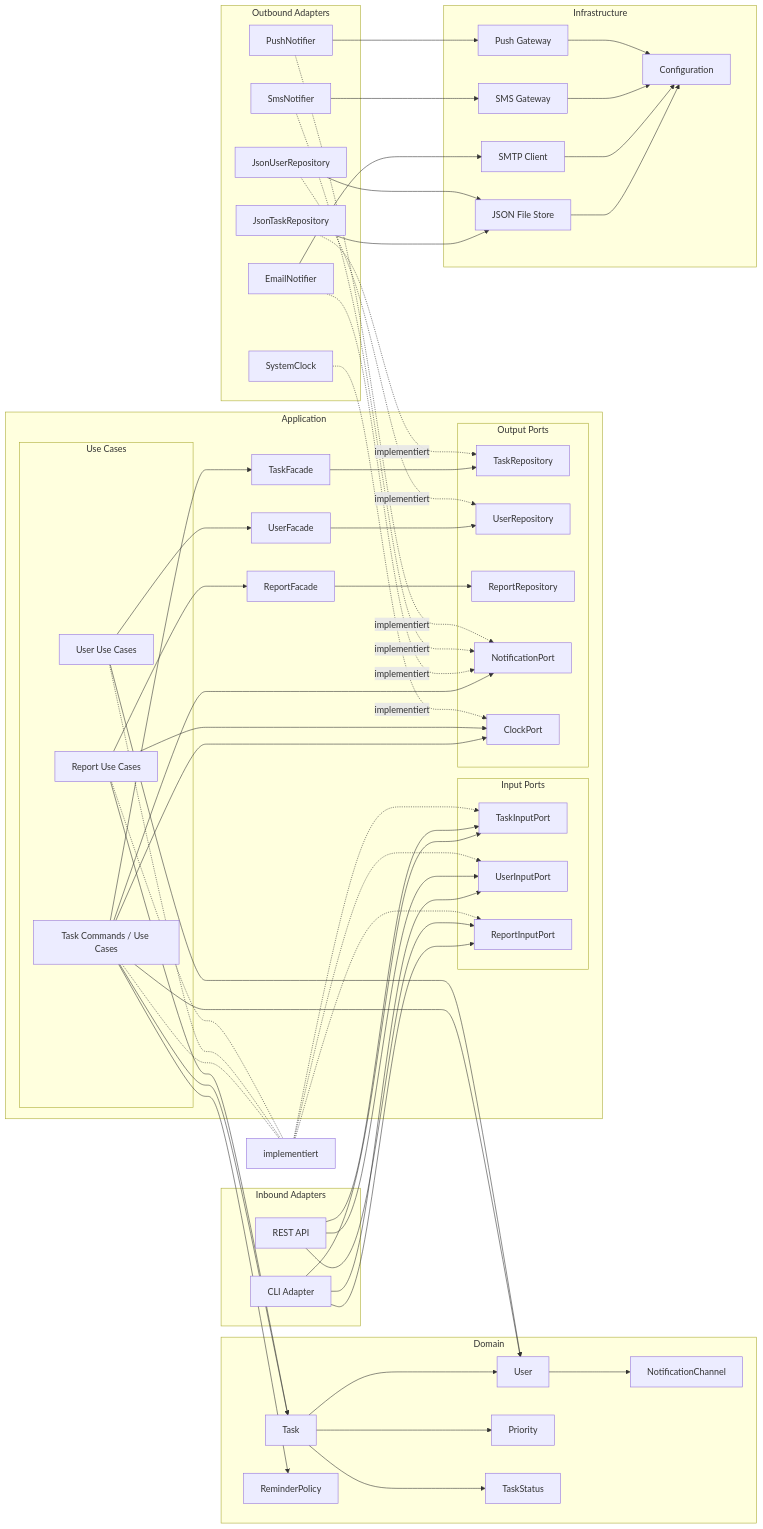
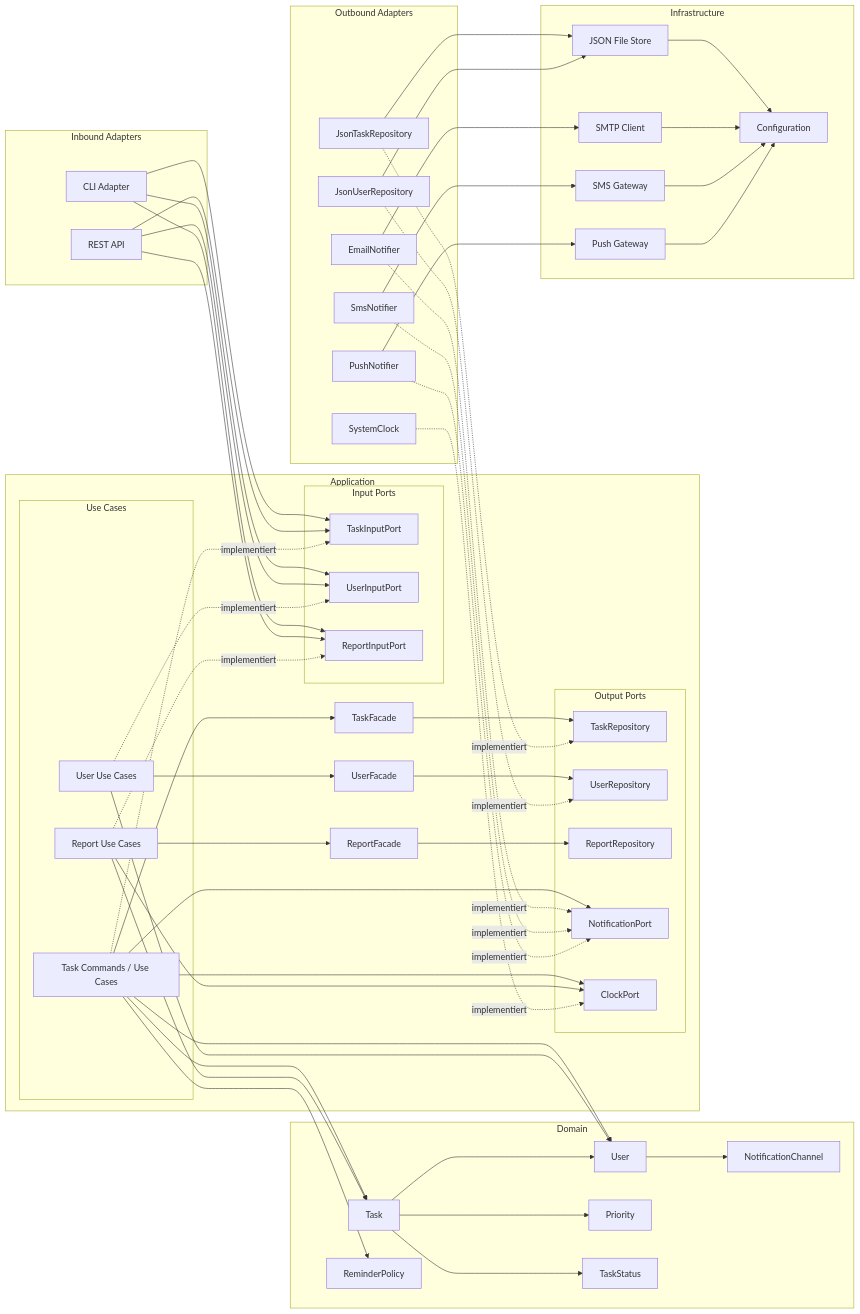
Before and after one commit to marvinhamacher/CodeQualerinoFixed: the diagram in arcgitekturmodell v3.md, drawn with Mermaid.

Commit message:
Update arcgitekturmodell v3.md

```diff
--- a/arcgitekturmodell v3.md
+++ b/arcgitekturmodell v3.md
@@ -69,9 +69,9 @@
 REST --> UserInput
 REST --> ReportInput
 
-TaskUC .- implementiert .-> TaskInput
-UserUC .- implementiert .-> UserInput
-ReportUC .- implementiert .-> ReportInput
+TaskUC -. implementiert .-> TaskInput
+UserUC -. implementiert .-> UserInput
+ReportUC -. implementiert .-> ReportInput
 
 TaskUC --> Task
 TaskUC --> User
```
